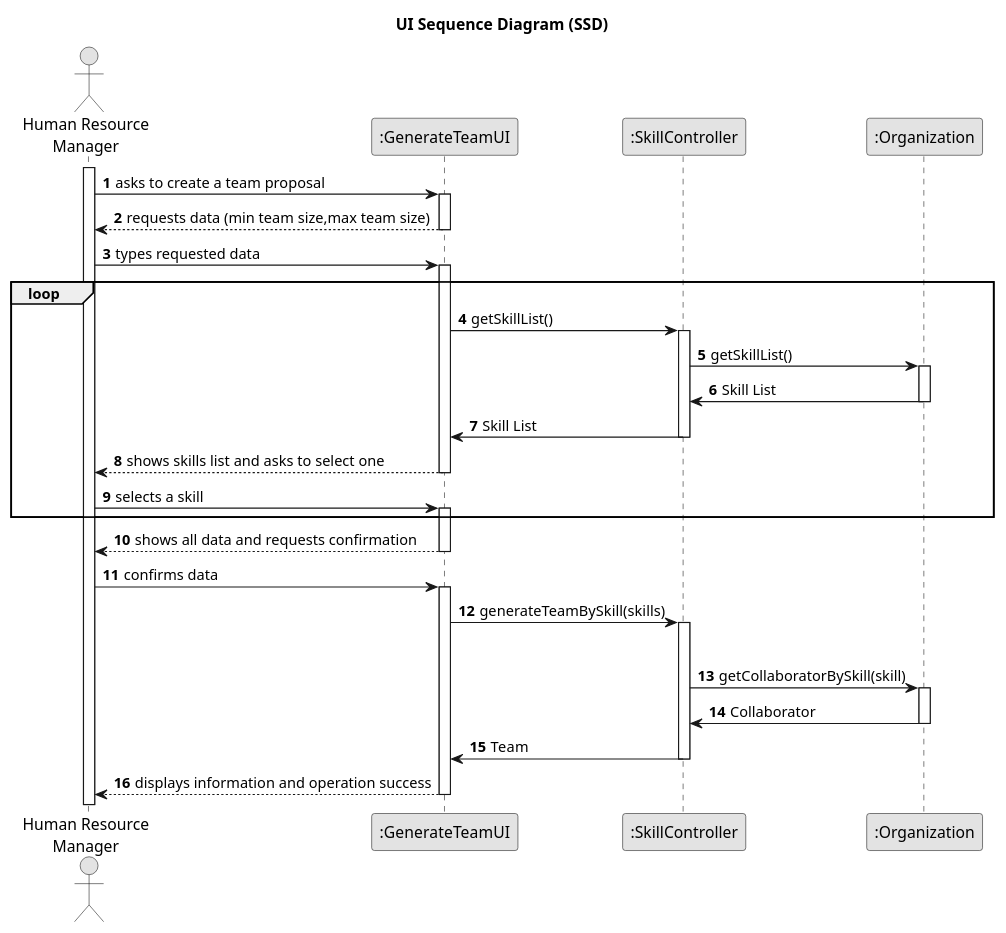
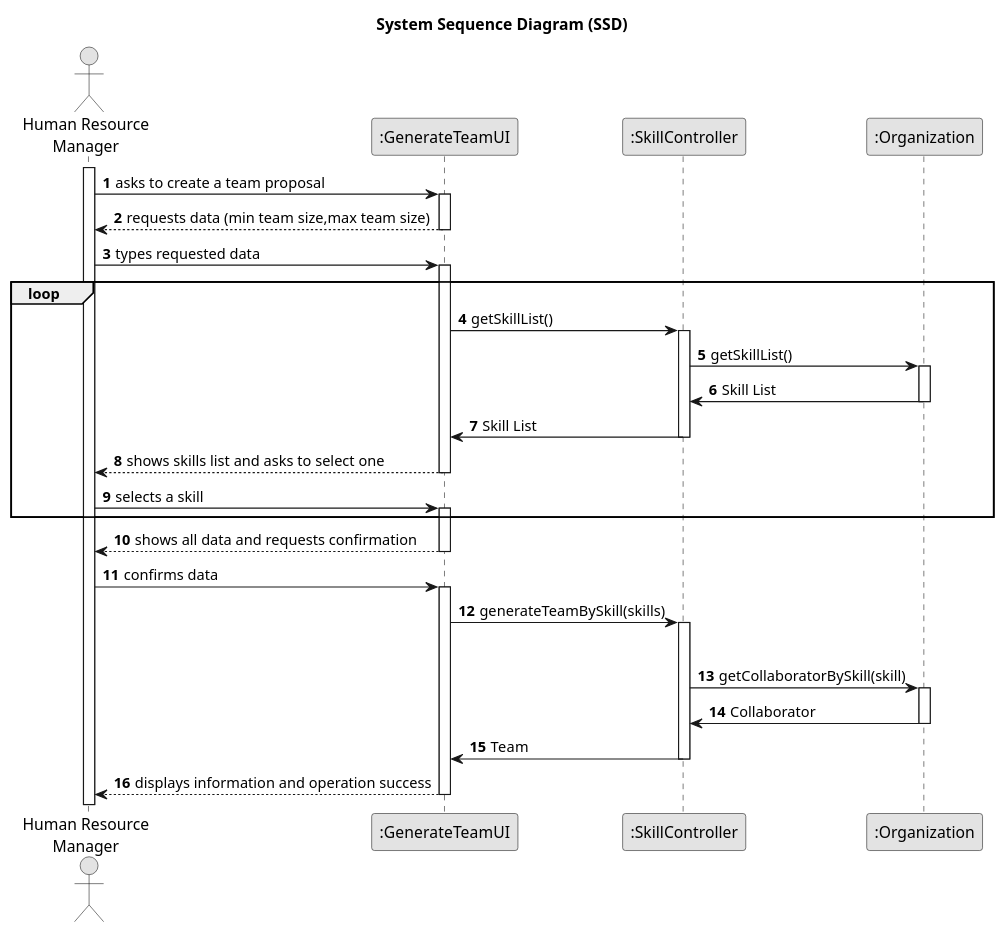
The diagram in docs/sprintB/us05/03.design/puml/us05-system-sequence-diagram-full.puml (yusufyilmaz00/Integral-Project-ISEP), drawn with PlantUML before and after one commit. The commit also changed 2 other files, not shown here.

```diff
--- a/docs/sprintB/us05/03.design/puml/us05-system-sequence-diagram-full.puml
+++ b/docs/sprintB/us05/03.design/puml/us05-system-sequence-diagram-full.puml
@@ -1,61 +1,61 @@
 @startuml
 skinparam monochrome true
 skinparam packageStyle rectangle
 skinparam shadowing false
 
-title UI Sequence Diagram (SSD)
+title System Sequence Diagram (SSD)
 
 autonumber
 
 actor "Human Resource\nManager" as Manager
 participant ":GenerateTeamUI" as UI
 participant ":SkillController" as SkillController
 participant ":Organization" as Organization
 activate Manager
 
     Manager -> UI : asks to create a team proposal
     activate UI
 
         UI --> Manager : requests data (min team size,max team size)
     deactivate UI
 
     Manager -> UI : types requested data
     activate UI
 
     loop
         UI -> SkillController : getSkillList()
             activate SkillController
 
         SkillController -> Organization : getSkillList()
             activate Organization
             Organization -> SkillController :Skill List
             deactivate
         SkillController -> UI : Skill List
         deactivate SkillController
 
         UI --> Manager : shows skills list and asks to select one
         deactivate UI
 
         Manager -> UI : selects a skill
                 activate UI
     end
 
     UI --> Manager : shows all data and requests confirmation
     deactivate UI
 
     Manager -> UI : confirms data
     activate UI
         UI -> SkillController : generateTeamBySkill(skills)
         activate SkillController
 
         loop
             SkillController -> Organization : getCollaboratorBySkill(skill)
             activate Organization
             Organization -> SkillController : Collaborator
             deactivate
     SkillController -> UI : Team
         deactivate
     UI --> Manager : displays information and operation success
     deactivate UI
 
 @enduml
```
